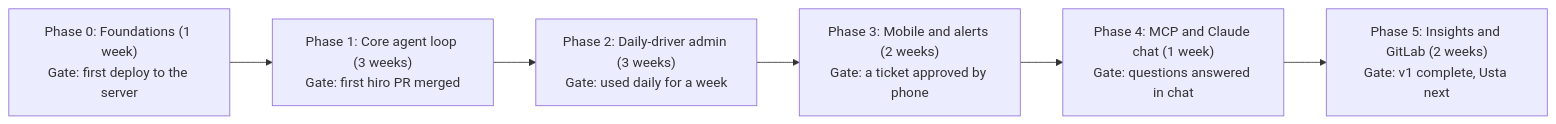
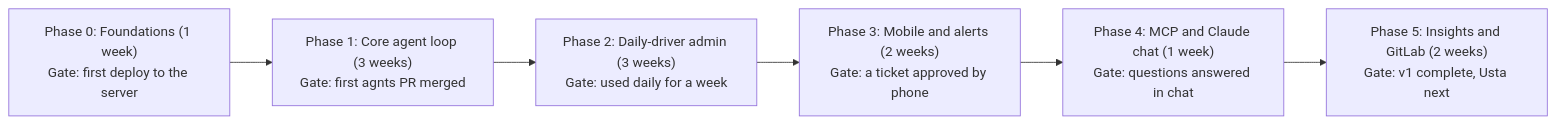
Before and after one commit to rustambekabdusalomov/agnts: the second of 2 diagrams in Implementation plan.md, drawn with Mermaid. The commit also changed other lines of this file and 1250 other files, not shown here.

````diff
--- a/Implementation plan.md
+++ b/Implementation plan.md
@@ -193,8 +193,8 @@
 ```mermaid
 flowchart LR
-  P0["Phase 0: Foundations (1 week)<br/>Gate: first deploy to the server"] --> P1["Phase 1: Core agent loop (3 weeks)<br/>Gate: first hiro PR merged"]
+  P0["Phase 0: Foundations (1 week)<br/>Gate: first deploy to the server"] --> P1["Phase 1: Core agent loop (3 weeks)<br/>Gate: first agnts PR merged"]
   P1 --> P2["Phase 2: Daily-driver admin (3 weeks)<br/>Gate: used daily for a week"]
   P2 --> P3["Phase 3: Mobile and alerts (2 weeks)<br/>Gate: a ticket approved by phone"]
   P3 --> P4["Phase 4: MCP and Claude chat (1 week)<br/>Gate: questions answered in chat"]
   P4 --> P5["Phase 5: Insights and GitLab (2 weeks)<br/>Gate: v1 complete, Usta next"]
 ```
````
